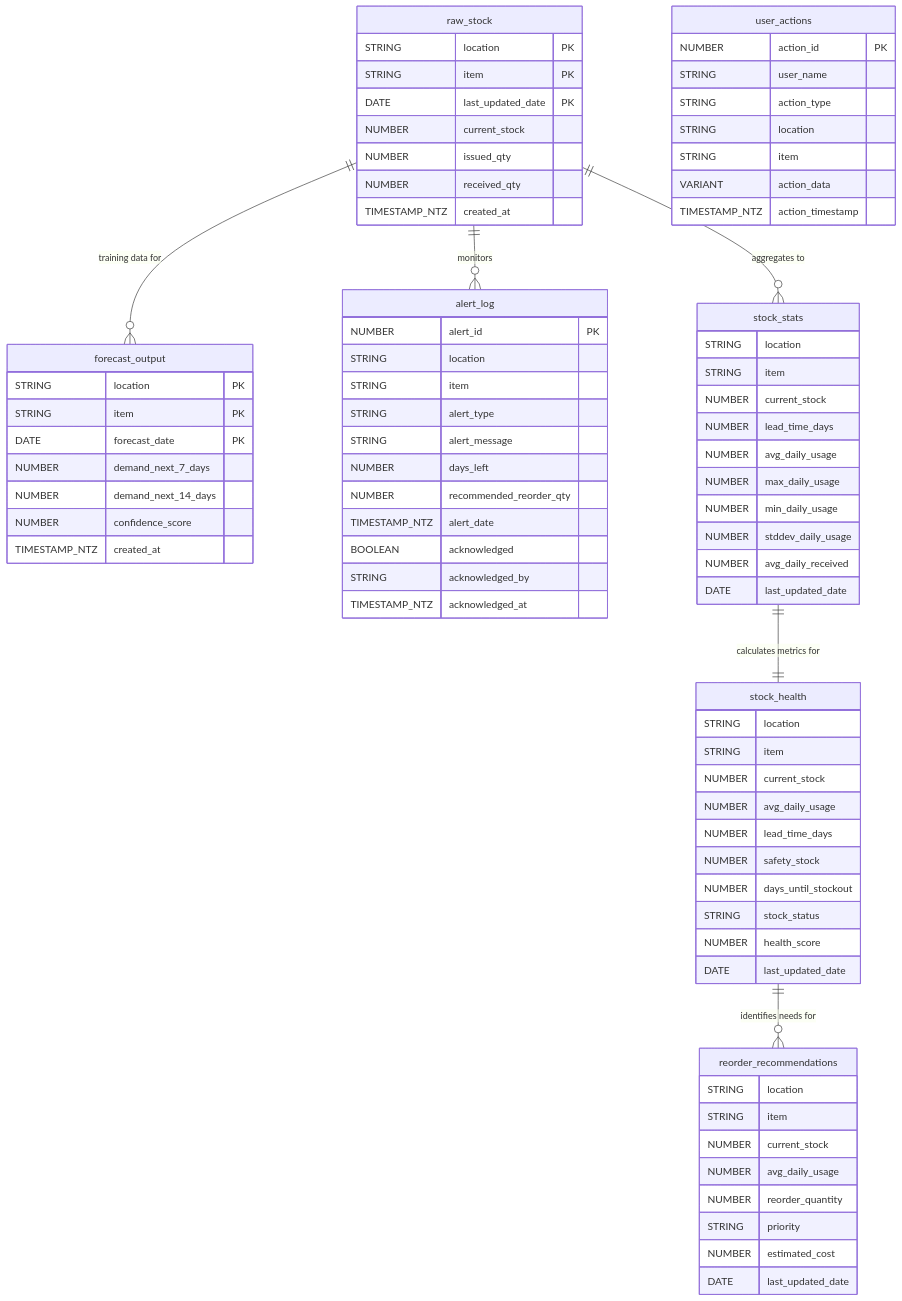
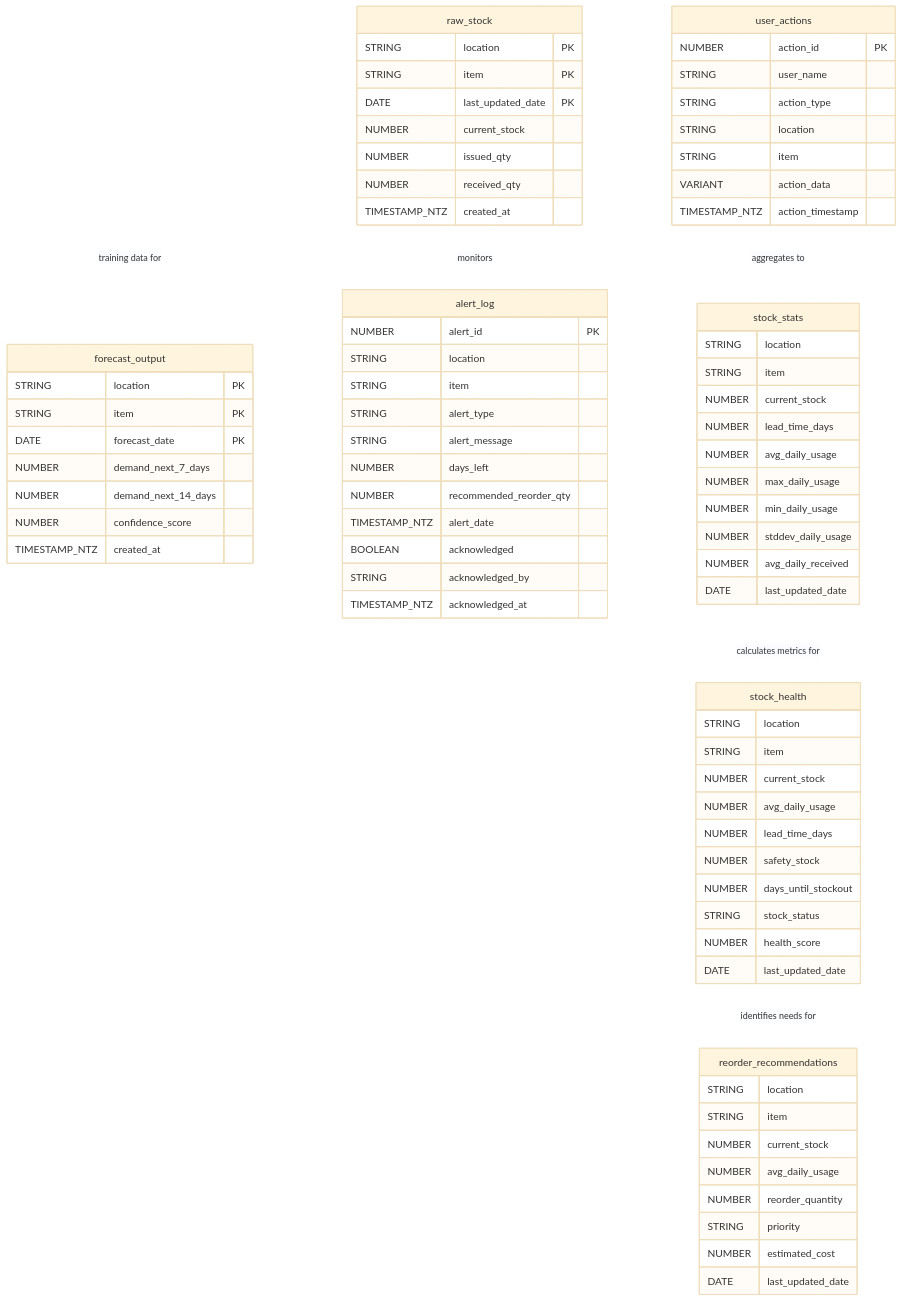
One commit to FlemingJohn/StockPulse-360 changed the diagram in diagrams/schema.mmd. Above: the diagram before and after it, drawn with Mermaid. The commit also changed 4 other files, not shown here.

Commit message:
feat: Add new architecture, data pipeline, schema, and alert flow diagrams and embed them in the README.

```diff
--- a/diagrams/schema.mmd
+++ b/diagrams/schema.mmd
@@ -1,93 +1,94 @@
+%%{init: { "theme": "base", "themeVariables": { "lineColor": "#ffffff" } }}%%
 erDiagram
     %% Base Tables
     raw_stock {
         STRING location PK
         STRING item PK
         DATE last_updated_date PK
         NUMBER current_stock
         NUMBER issued_qty
         NUMBER received_qty
         TIMESTAMP_NTZ created_at
     }
 
     forecast_output {
         STRING location PK
         STRING item PK
         DATE forecast_date PK
         NUMBER demand_next_7_days
         NUMBER demand_next_14_days
         NUMBER confidence_score
         TIMESTAMP_NTZ created_at
     }
 
     alert_log {
         NUMBER alert_id PK
         STRING location
         STRING item
         STRING alert_type
         STRING alert_message
         NUMBER days_left
         NUMBER recommended_reorder_qty
         TIMESTAMP_NTZ alert_date
         BOOLEAN acknowledged
         STRING acknowledged_by
         TIMESTAMP_NTZ acknowledged_at
     }
 
     user_actions {
         NUMBER action_id PK
         STRING user_name
         STRING action_type
         STRING location
         STRING item
         VARIANT action_data
         TIMESTAMP_NTZ action_timestamp
     }
 
     %% Dynamic Tables (Derived)
     stock_stats {
         STRING location
         STRING item
         NUMBER current_stock
         NUMBER lead_time_days
         NUMBER avg_daily_usage
         NUMBER max_daily_usage
         NUMBER min_daily_usage
         NUMBER stddev_daily_usage
         NUMBER avg_daily_received
         DATE last_updated_date
     }
 
     stock_health {
         STRING location
         STRING item
         NUMBER current_stock
         NUMBER avg_daily_usage
         NUMBER lead_time_days
         NUMBER safety_stock
         NUMBER days_until_stockout
         STRING stock_status
         NUMBER health_score
         DATE last_updated_date
     }
 
     reorder_recommendations {
         STRING location
         STRING item
         NUMBER current_stock
         NUMBER avg_daily_usage
         NUMBER reorder_quantity
         STRING priority
         NUMBER estimated_cost
         DATE last_updated_date
     }
 
     %% Relationships (Implied by Location + Item combination)
     %% Note: These are logical data flows as Snowflake doesn't enforce FKs on dynamic tables usually
     raw_stock ||--o{ stock_stats : "aggregates to"
     stock_stats ||--|| stock_health : "calculates metrics for"
     stock_health ||--o{ reorder_recommendations : "identifies needs for"
     
     %% Implicit links for context
     raw_stock ||--o{ alert_log : "monitors"
     raw_stock ||--o{ forecast_output : "training data for"
```
